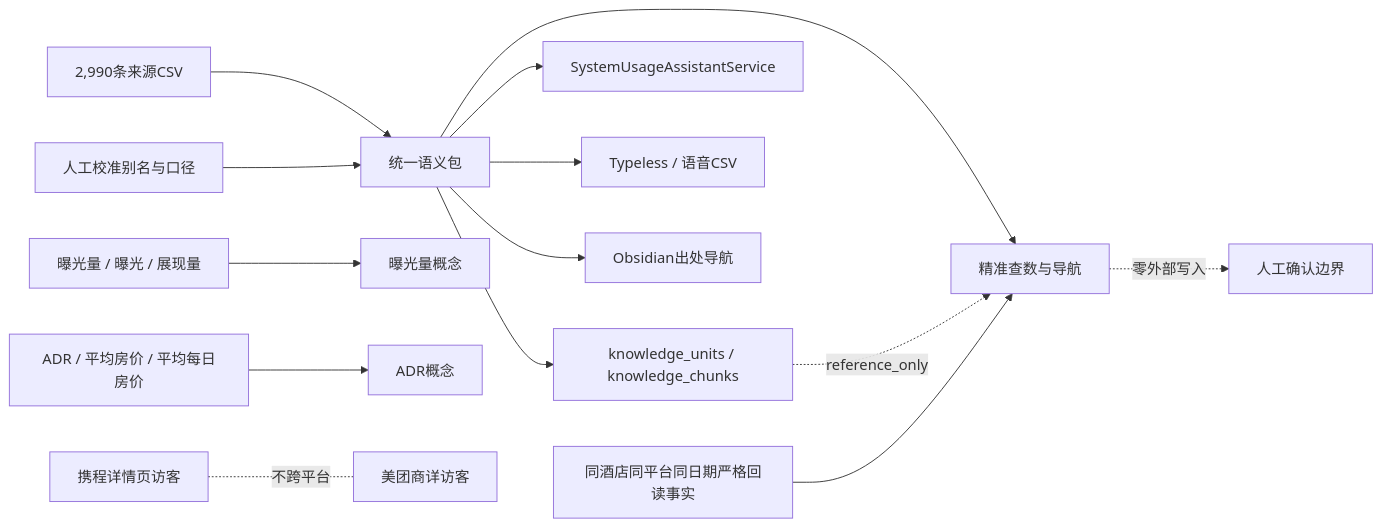
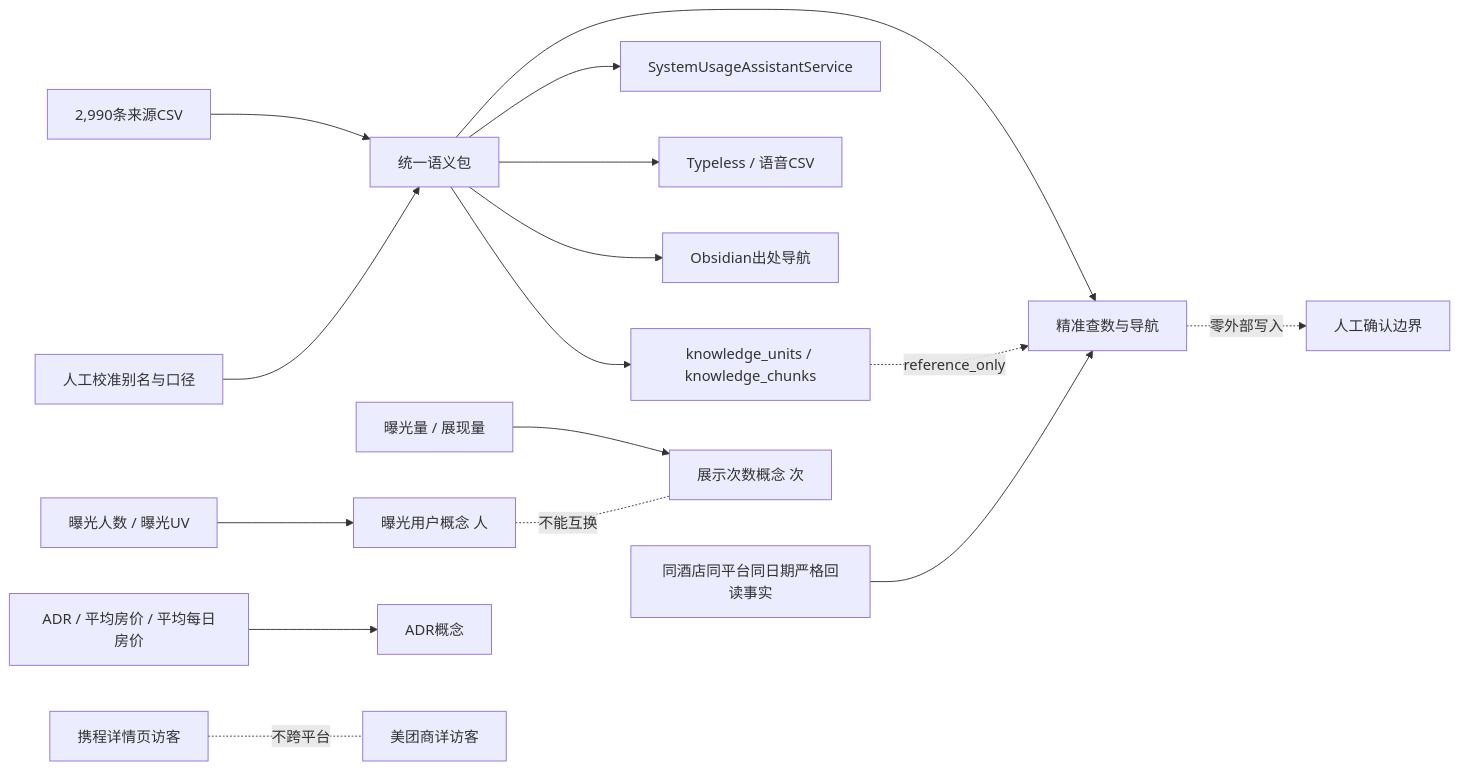
Before and after one commit to yintao2586672626-lang/SUXIOS: the diagram in docs/knowledge/semantic-glossary/obsidian/04_关系图.md, drawn with Mermaid. The commit also changed 845 other files, not shown here.

````diff
--- a/docs/knowledge/semantic-glossary/obsidian/04_关系图.md
+++ b/docs/knowledge/semantic-glossary/obsidian/04_关系图.md
@@ -3,17 +3,19 @@
 ```mermaid
 flowchart LR
   CSV[2,990条来源CSV] --> PACK[统一语义包]
   CUR[人工校准别名与口径] --> PACK
   PACK --> KC[knowledge_units / knowledge_chunks]
   PACK --> QUERY[精准查数与导航]
   PACK --> GUIDE[SystemUsageAssistantService]
   PACK --> VOICE[Typeless / 语音CSV]
   PACK --> OB[Obsidian出处导航]
   KC -. reference_only .-> QUERY
   FACT[同酒店同平台同日期严格回读事实] --> QUERY
   QUERY -. 零外部写入 .-> STOP[人工确认边界]
 
-  EXP[曝光量 / 曝光 / 展现量] --> EXPC[曝光量概念]
+  EXPUV[曝光人数 / 曝光UV] --> EXPUVC[曝光用户概念 人]
+  EXPIMP[曝光量 / 展现量] --> EXPIMPC[展示次数概念 次]
+  EXPUVC -. 不能互换 .- EXPIMPC
   ADR[ADR / 平均房价 / 平均每日房价] --> ADRC[ADR概念]
   CTV[携程详情页访客] -. 不跨平台 .- MTV[美团商详访客]
 ```
````
